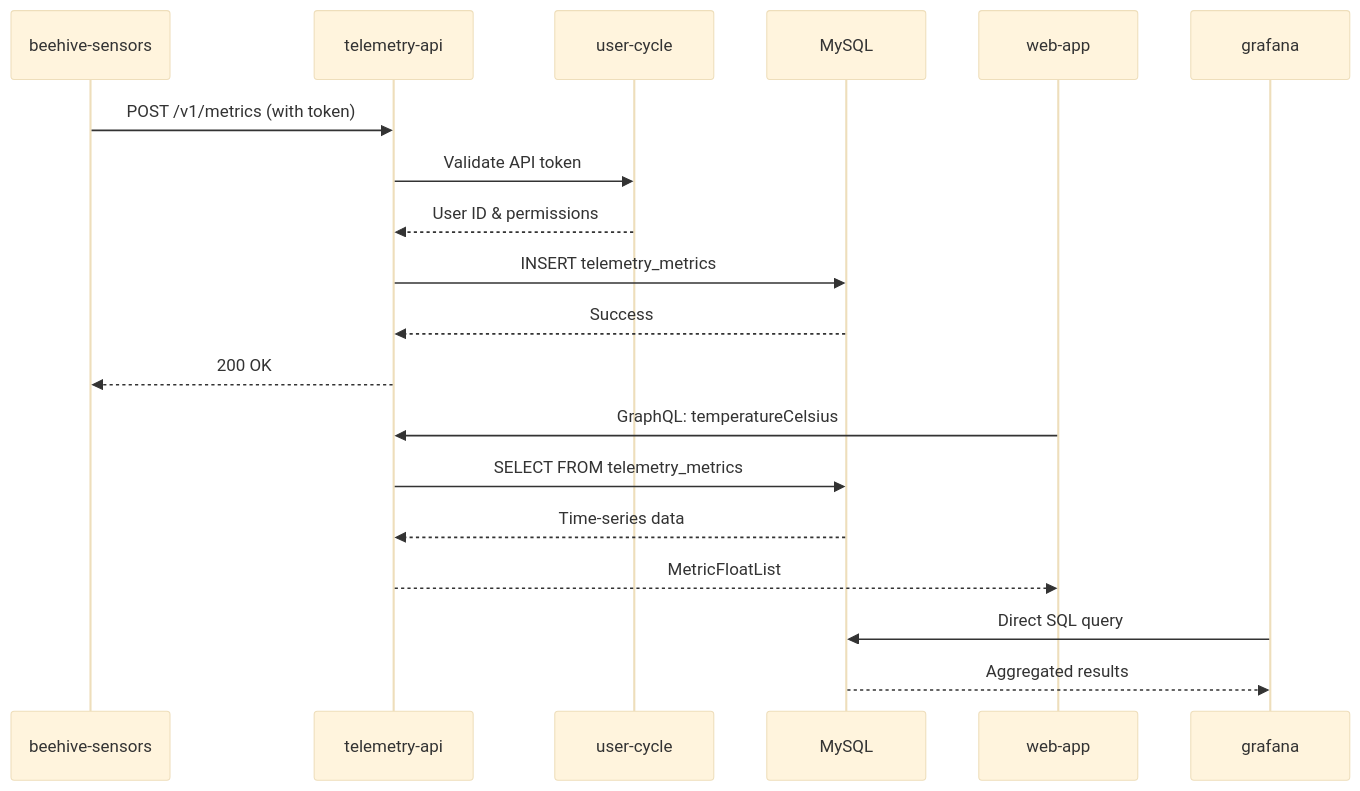
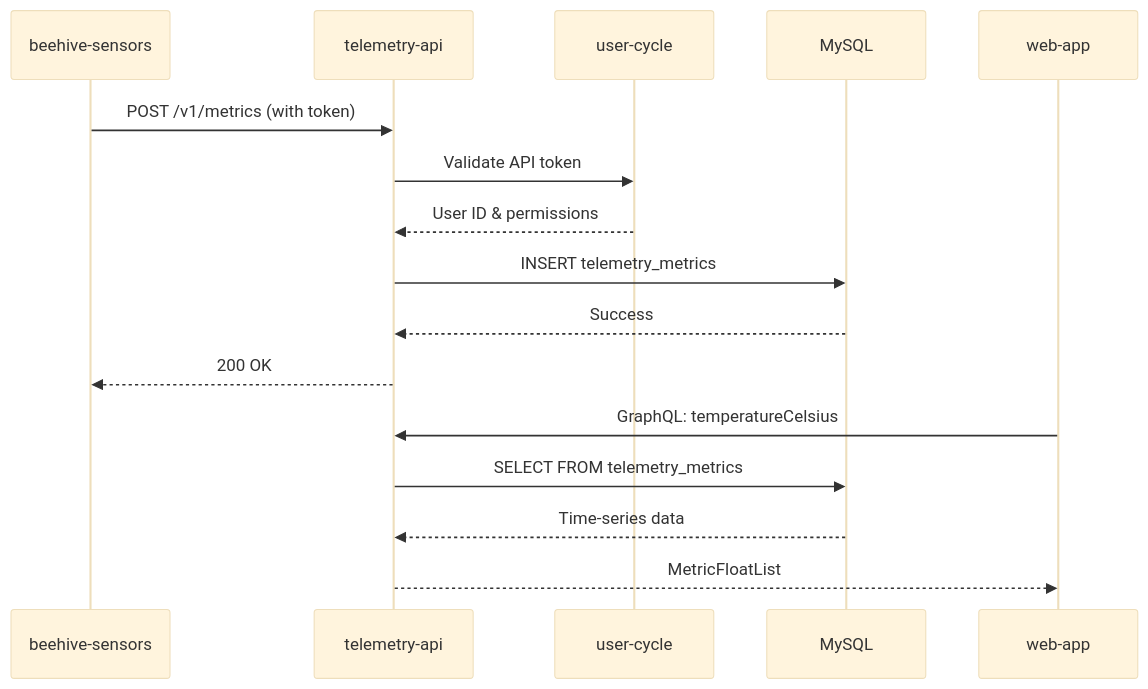
Before and after one commit to Gratheon/website2: the second of 2 diagrams in content/docs/web-app/features/telemetry-storage.md, drawn with Mermaid (base theme). The commit also changed other lines of this file and 21 other files, not shown here.

````diff
--- a/content/docs/web-app/features/telemetry-storage.md
+++ b/content/docs/web-app/features/telemetry-storage.md
@@ -374,24 +374,21 @@
 ```mermaid
 sequenceDiagram
     participant S as beehive-sensors
     participant T as telemetry-api
     participant U as user-cycle
     participant M as MySQL
     participant W as web-app
-    participant G as grafana
     
     S->>T: POST /v1/metrics (with token)
     T->>U: Validate API token
     U-->>T: User ID & permissions
     T->>M: INSERT telemetry_metrics
     M-->>T: Success
     T-->>S: 200 OK
     
     W->>T: GraphQL: temperatureCelsius
     T->>M: SELECT FROM telemetry_metrics
     M-->>T: Time-series data
     T-->>W: MetricFloatList
-    
-    G->>M: Direct SQL query
-    M-->>G: Aggregated results
+
 ```
````
